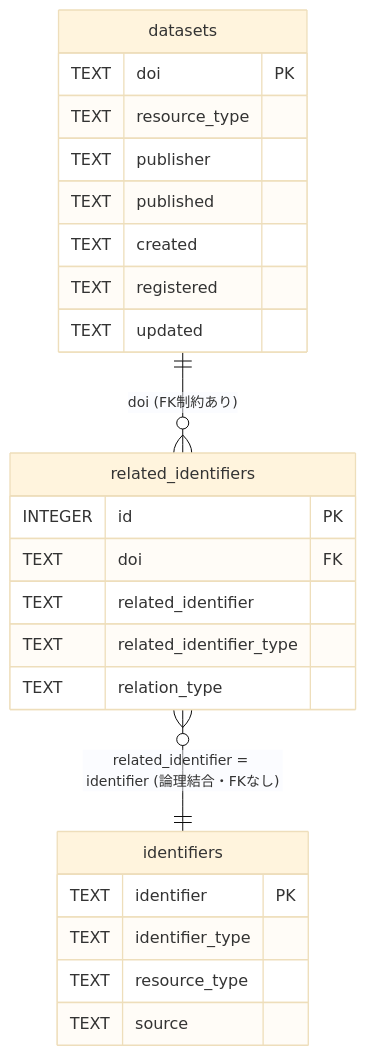
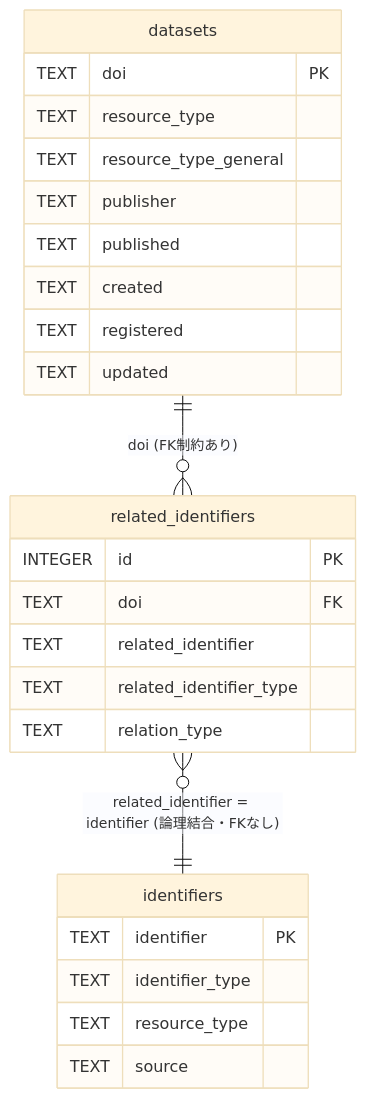
One commit to ashikita/research_data_metadata changed the diagram in README.md. Above: the diagram before and after it, drawn with Mermaid (base theme).

Commit message:
Add resource_type_general to datasets in README

````diff
--- a/README.md
+++ b/README.md
@@ -344,30 +344,31 @@
 ```mermaid
 erDiagram
     datasets {
         TEXT doi PK
         TEXT resource_type
+        TEXT resource_type_general
         TEXT publisher
         TEXT published
         TEXT created
         TEXT registered
         TEXT updated
     }
 
     related_identifiers {
         INTEGER id PK
         TEXT doi FK
         TEXT related_identifier
         TEXT related_identifier_type
         TEXT relation_type
     }
 
     identifiers {
         TEXT identifier PK
         TEXT identifier_type
         TEXT resource_type
         TEXT source
     }
 
     datasets ||--o{related_identifiers : "doi (FK制約あり)"
     related_identifiers}o--|| identifiers : "related_identifier = identifier (論理結合・FKなし)"
 ```
````
